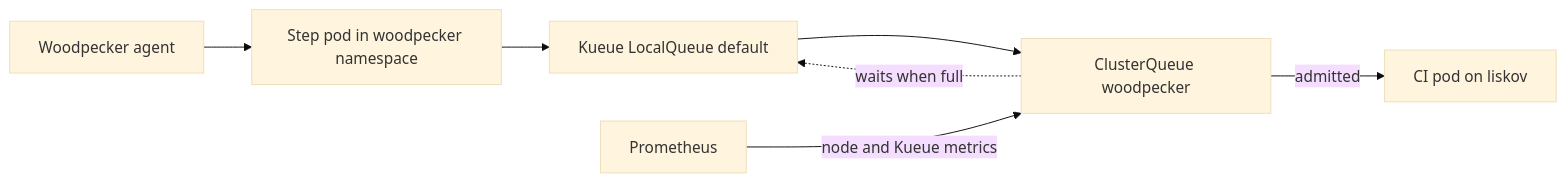
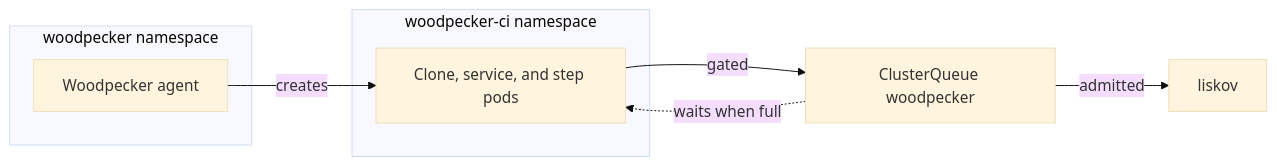
Before and after one commit to shepherdjerred/monorepo: the diagram in packages/docs/wiki/src/content/docs/explanation/homelab/ci-admission.md, drawn with Mermaid (base theme). The commit also changed other lines of this file and 48 other files, not shown here.

````diff
--- a/packages/docs/wiki/src/content/docs/explanation/homelab/ci-admission.md
+++ b/packages/docs/wiki/src/content/docs/explanation/homelab/ci-admission.md
@@ -12,12 +12,16 @@
 ```mermaid
 flowchart LR
   accTitle: CI resource admission
-  accDescr: The Woodpecker agent creates step pods in the managed namespace. Kueue admits those that fit the ClusterQueue budget, and Prometheus observes the node and queue state.
+  accDescr: The Woodpecker agent creates clone, service, and step pods in the woodpecker-ci namespace. Each is held behind a scheduling gate until the Kueue ClusterQueue has room, then scheduled onto liskov. The control plane lives in a separate namespace Kueue never touches.
 
-  WP[Woodpecker agent] --> JOB[Step pod in woodpecker namespace]
-  JOB --> KQ[Kueue LocalQueue default]
-  KQ --> CQ[ClusterQueue woodpecker]
-  CQ -->|admitted| POD[CI pod on liskov]
-  CQ -.->|waits when full| KQ
-  PROM[Prometheus] -->|node and Kueue metrics| CQ
+  subgraph CP[woodpecker namespace]
+    WP[Woodpecker agent]
+  end
+  subgraph CI[woodpecker-ci namespace]
+    POD[Clone, service, and step pods]
+  end
+  WP -->|creates| POD
+  POD -->|gated| CQ[ClusterQueue woodpecker]
+  CQ -->|admitted| NODE[liskov]
+  CQ -.->|waits when full| POD
 ```
````
